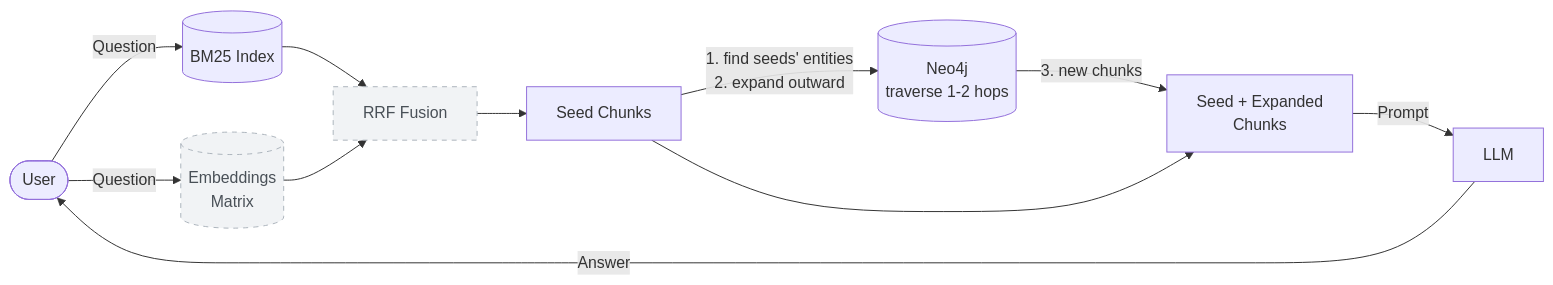
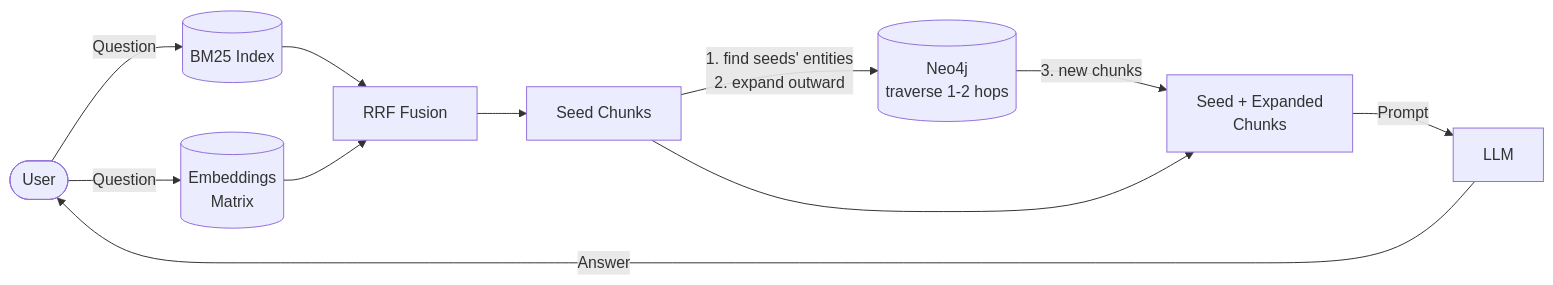
One commit to DimYiannis/Constrained-GraphRag changed the second of 2 diagrams in README.md. Above: the diagram before and after it, drawn with Mermaid. The commit also changed other lines of this file, not shown here.

````diff
--- a/README.md
+++ b/README.md
@@ -83,27 +80,24 @@
 ```mermaid
 flowchart LR
     user(["User"])
     lex[("BM25 Index")]
     sem[("Embeddings<br/>Matrix")]
     fusion["RRF Fusion"]
     seeds["Seed Chunks"]
     neodb[("Neo4j<br/>traverse 1-2 hops")]
     merged["Seed + Expanded<br/>Chunks"]
     llm["LLM"]
 
     user -- "Question" --> lex
     user -- "Question" --> sem
     lex --> fusion
     sem --> fusion
     fusion --> seeds
 
     seeds -- "1. find seeds' entities<br/>2. expand outward" --> neodb
     neodb -- "3. new chunks" --> merged
     seeds --> merged
 
     merged -- "Prompt" --> llm
     llm -- "Answer" --> user
-
-    classDef planned fill:#f1f3f5,stroke:#adb5bd,color:#495057,stroke-dasharray: 5 5;
-    class sem,fusion planned;
 ```
````
